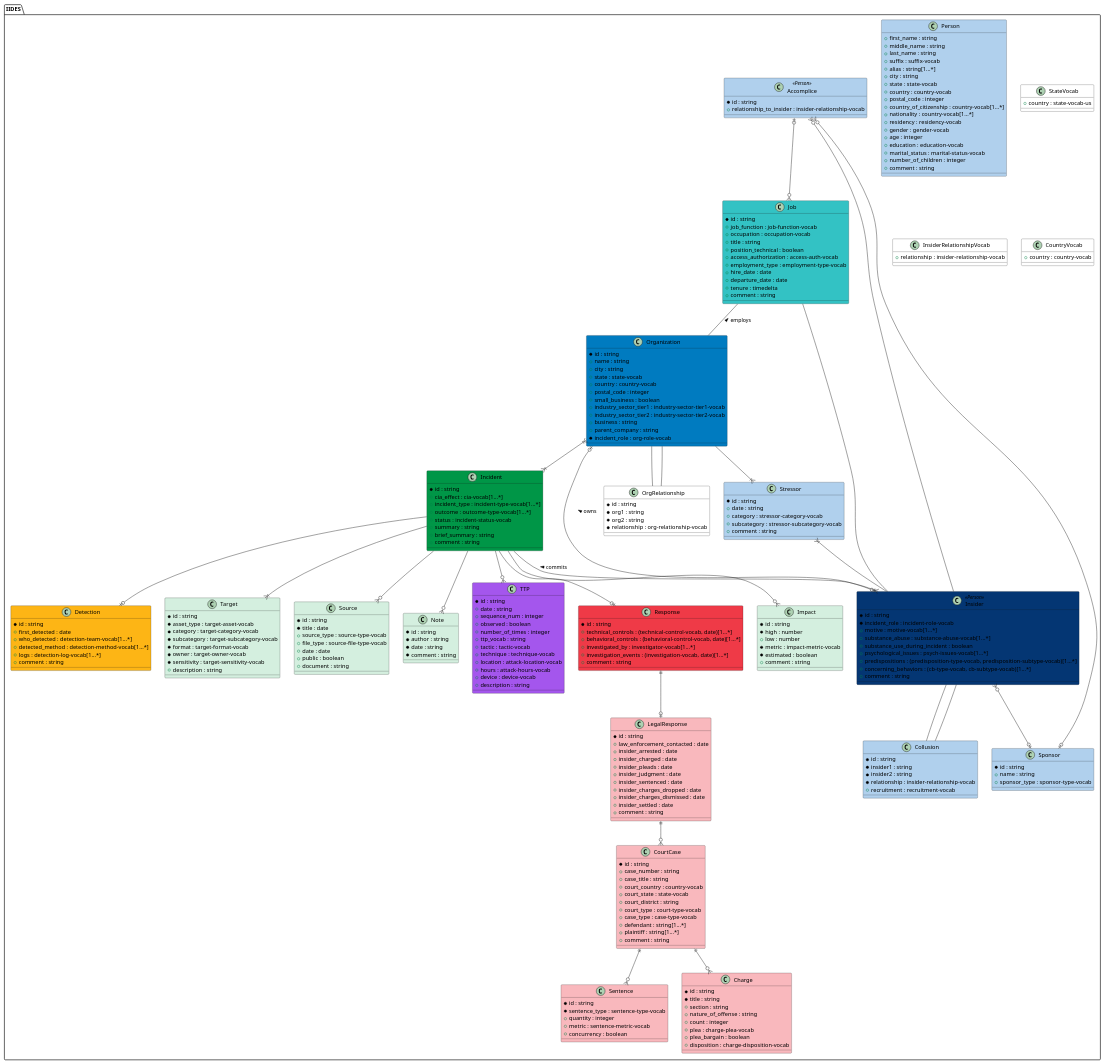
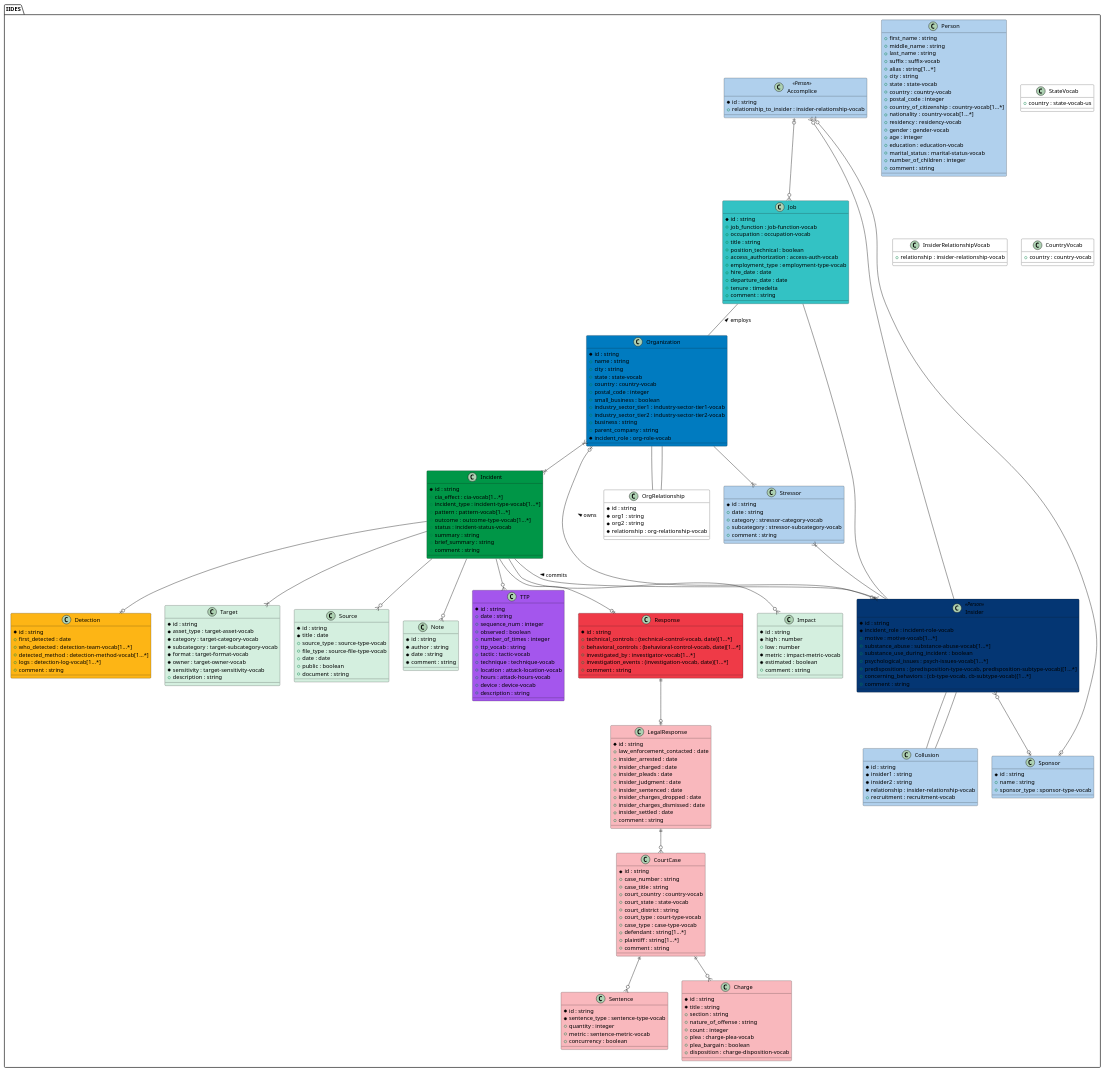
Before and after one commit to cmu-sei/iides: the diagram in UML/source/iides.wsd, drawn with PlantUML. The commit also changed 3 other files, not shown here.

```diff
--- a/UML/source/iides.wsd
+++ b/UML/source/iides.wsd
@@ -32,6 +32,7 @@
 	* id : string 
 	+ cia_effect : cia-vocab[1...*] 
 	+ incident_type : incident-type-vocab[1...*] 
+	+ pattern : pattern-vocab[1...*] 
 	+ outcome : outcome-type-vocab[1...*] 
 	+ status : incident-status-vocab 
 	+ summary : string 
```
